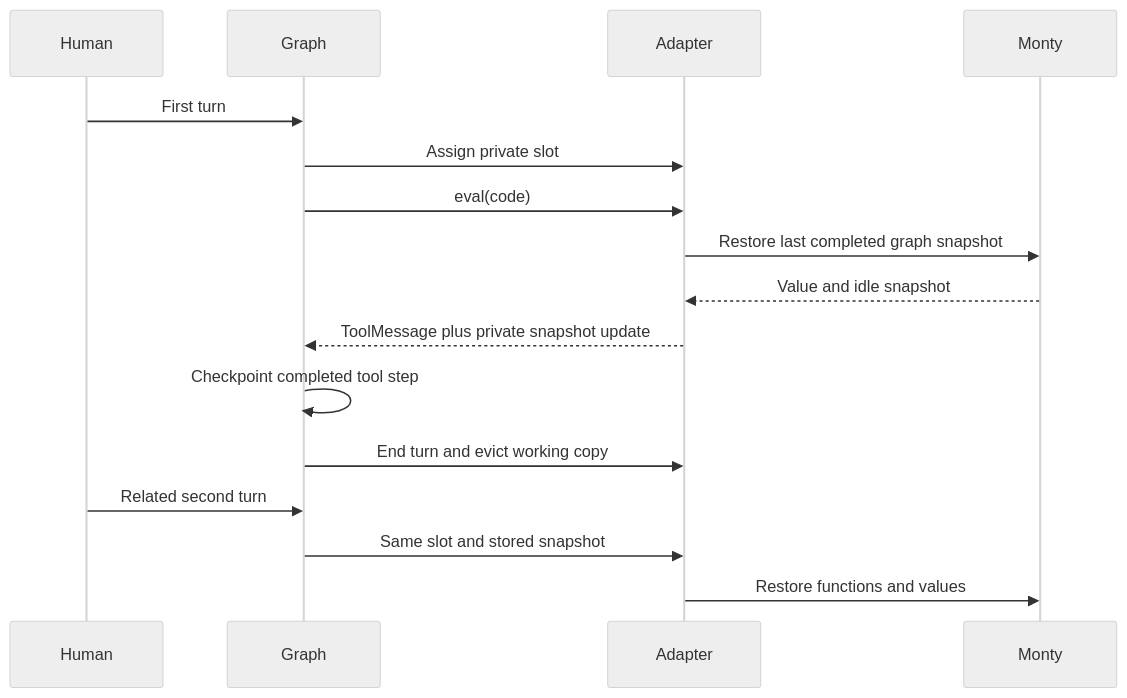
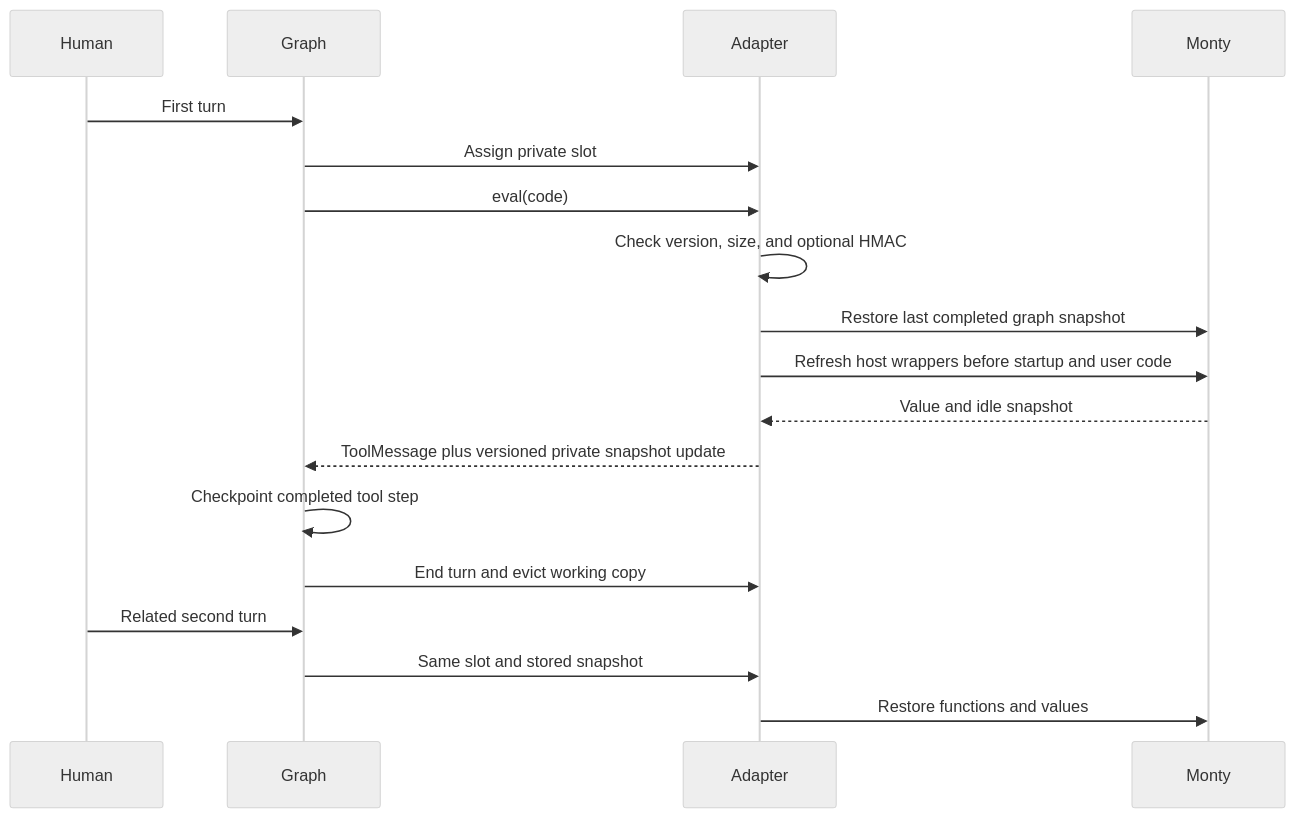
The first of 2 diagrams in docs/deepagents-compatibility.md (sgaseretto/arenero), drawn with Mermaid (neutral theme) before and after one commit. The commit also changed other lines of this file and 16 other files, not shown here.

````diff
--- a/docs/deepagents-compatibility.md
+++ b/docs/deepagents-compatibility.md
@@ -109,18 +186,20 @@
 ```mermaid
 sequenceDiagram
     participant Human
     participant Graph
     participant Adapter
     participant Monty
     Human->>Graph: First turn
     Graph->>Adapter: Assign private slot
     Graph->>Adapter: eval(code)
+    Adapter->>Adapter: Check version, size, and optional HMAC
     Adapter->>Monty: Restore last completed graph snapshot
+    Adapter->>Monty: Refresh host wrappers before startup and user code
     Monty-->>Adapter: Value and idle snapshot
-    Adapter-->>Graph: ToolMessage plus private snapshot update
+    Adapter-->>Graph: ToolMessage plus versioned private snapshot update
     Graph->>Graph: Checkpoint completed tool step
     Graph->>Adapter: End turn and evict working copy
     Human->>Graph: Related second turn
     Graph->>Adapter: Same slot and stored snapshot
     Adapter->>Monty: Restore functions and values
 ```
````
